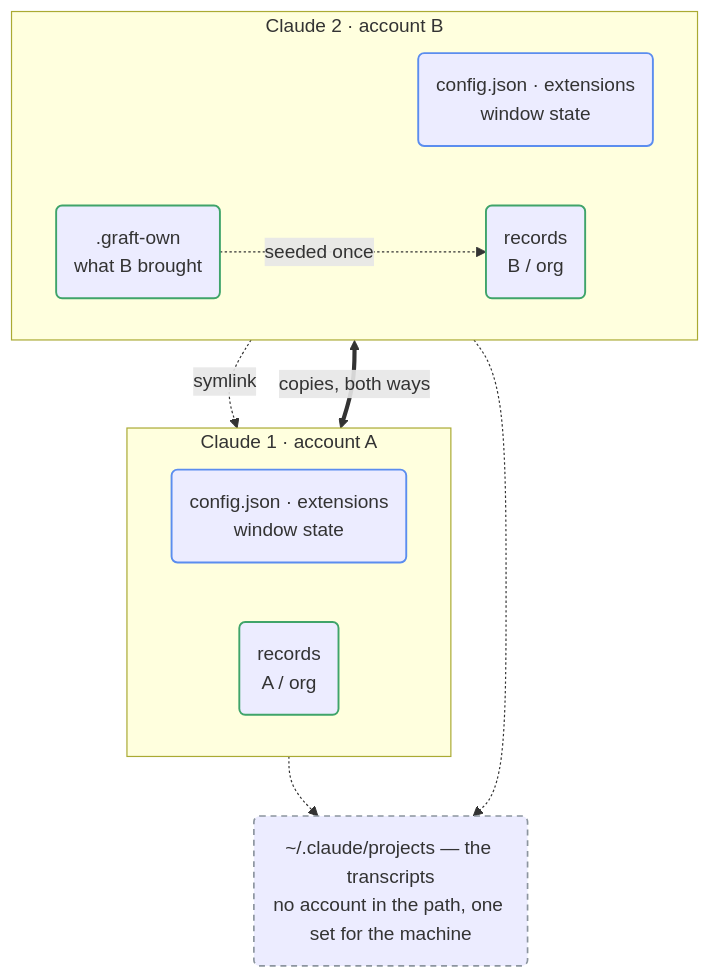
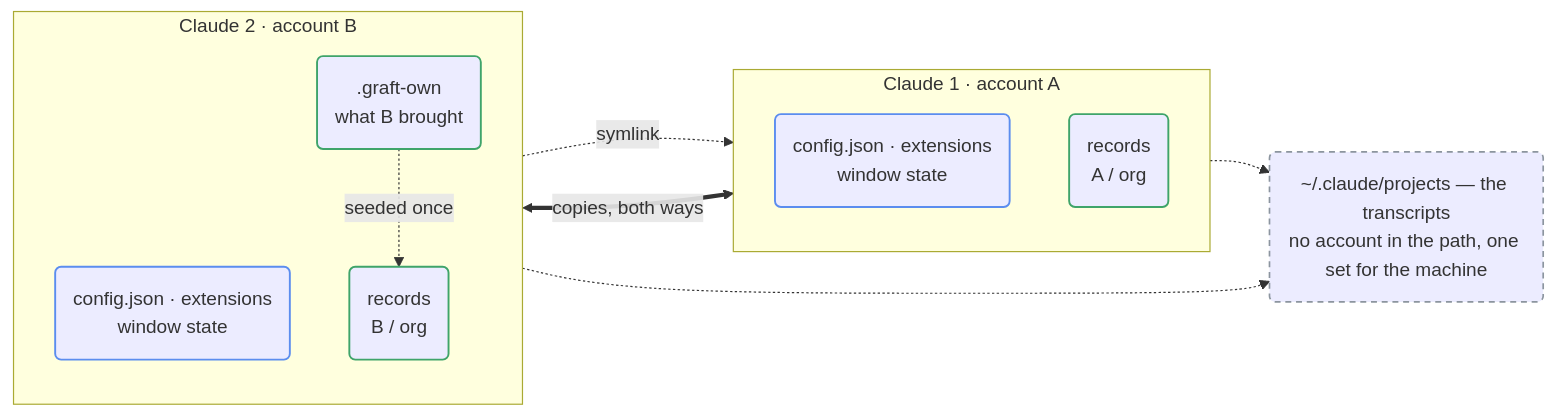
The diagram in docs/diagrams/layout.mmd (aaditya-v-more/claude-graft), drawn with Mermaid before and after one commit. The commit also changed 4 other files, not shown here.

First line of the commit message:
Lay the first diagram out wide like the other two

```diff
--- a/docs/diagrams/layout.mmd
+++ b/docs/diagrams/layout.mmd
@@ -1,26 +1,26 @@
-flowchart TB
+flowchart LR
     subgraph DST["Claude 2 · account B"]
-        direction LR
+        direction TB
         B1("config.json · extensions<br/>window state")
+        B3(".graft-own<br/>what B brought")
         B2("records<br/>B / org")
-        B3(".graft-own<br/>what B brought")
     end
     subgraph SRC["Claude 1 · account A"]
-        direction LR
+        direction TB
         A1("config.json · extensions<br/>window state")
         A2("records<br/>A / org")
     end
     T("~/.claude/projects — the transcripts<br/>no account in the path, one set for the machine")
 
     B3 -. "seeded once" .-> B2
     B1 -. "symlink" .-> A1
     B2 <== "copies, both ways" ==> A2
     B2 -.-> T
     A2 -.-> T
 
     classDef link stroke:#5B8DEF,stroke-width:1.6px
     classDef copy stroke:#3FA46A,stroke-width:1.6px
     classDef shared stroke:#8C959F,stroke-width:1.4px,stroke-dasharray:5 4
     class A1,B1 link
     class A2,B2,B3 copy
     class T shared
```
